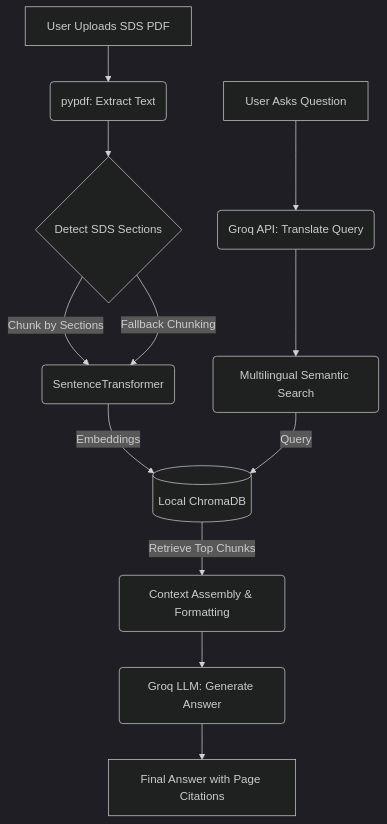
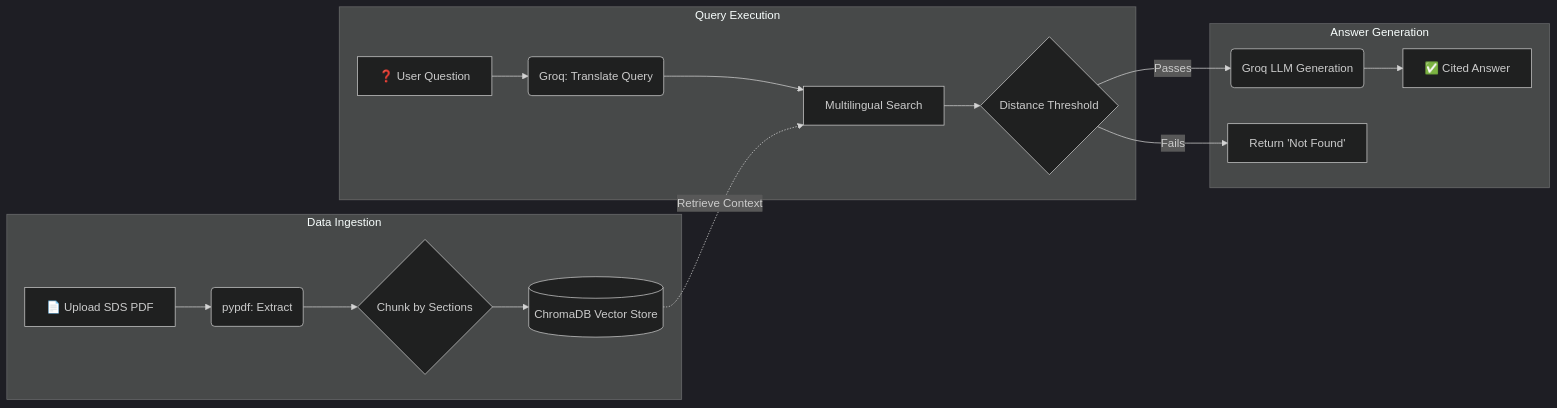
The diagram in README.md (PS-kavya-patel/Project-L1), drawn with Mermaid (dark theme) before and after one commit. The commit also changed other lines of this file, not shown here.

````diff
--- a/README.md
+++ b/README.md
@@ -57,15 +49,21 @@
 ```mermaid
-graph TD
-    A[User Uploads SDS PDF] --> B(pypdf: Extract Text)
-    B --> C{Detect SDS Sections}
-    C -->|Chunk by Sections| D(SentenceTransformer)
-    C -->|Fallback Chunking| D
-    D -->|Embeddings| E[(Local ChromaDB)]
-    
-    F[User Asks Question] --> G(Groq API: Translate Query)
-    G --> H(Multilingual Semantic Search)
-    H -->|Query| E
-    E -->|Retrieve Top Chunks| I(Context Assembly & Formatting)
-    I --> J(Groq LLM: Generate Answer)
-    J --> K[Final Answer with Page Citations]
+flowchart LR
+    subgraph Data Ingestion
+        A[📄 Upload SDS PDF] --> B(pypdf: Extract)
+        B --> C{Chunk by Sections}
+        C --> D[(ChromaDB Vector Store)]
+    end
+
+    subgraph Query Execution
+        E[❓ User Question] --> F(Groq: Translate Query)
+        F --> G[Multilingual Search]
+        D -.-> |Retrieve Context| G
+        G --> H{Distance Threshold}
+    end
+
+    subgraph Answer Generation
+        H -- Passes --> I(Groq LLM Generation)
+        H -- Fails --> J[Return 'Not Found']
+        I --> K[✅ Cited Answer]
+    end
 ```
````
